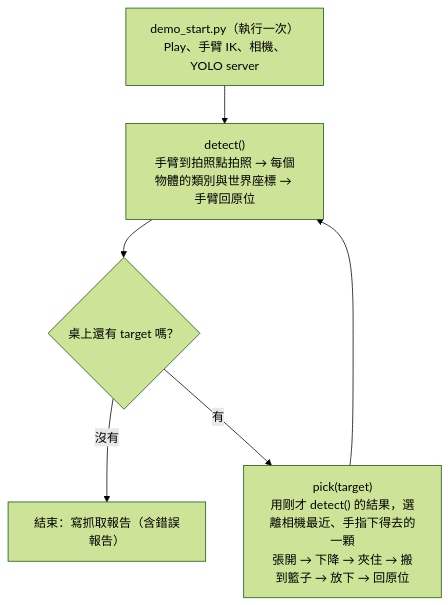
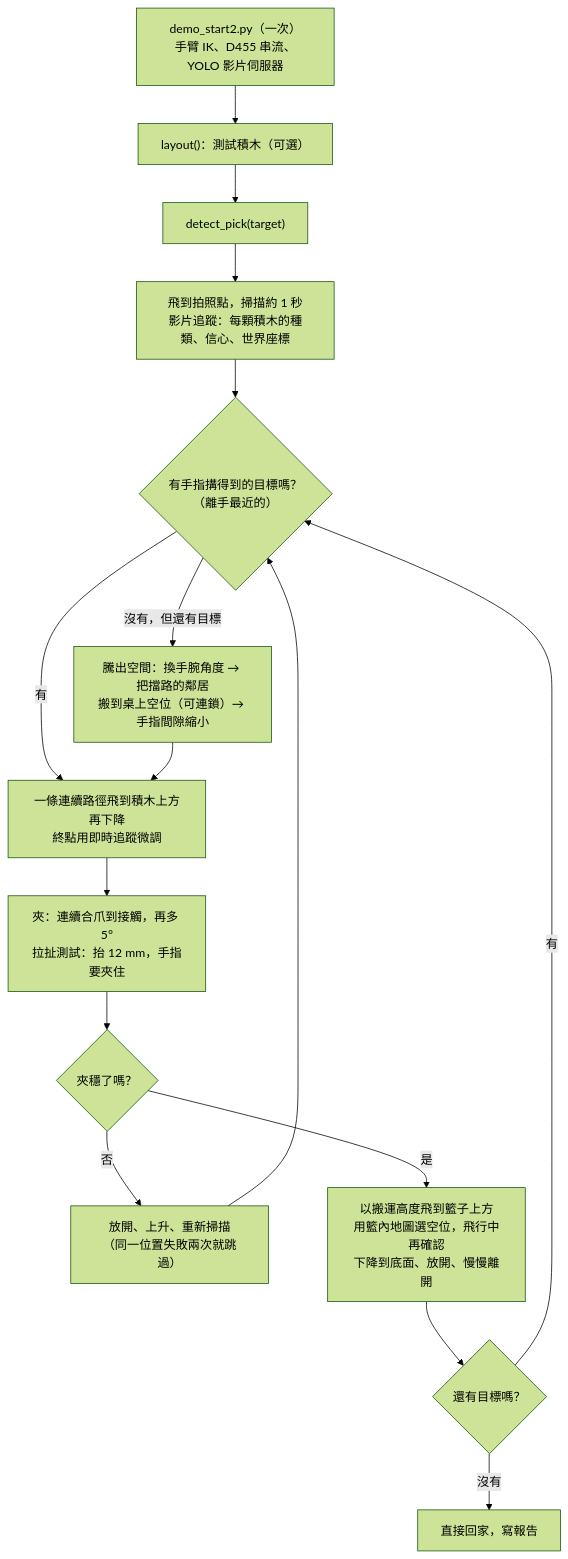
One commit to hayashimatsu/arm-detect-and-pick changed the diagram in README-zh.md. Above: the diagram before and after it, drawn with Mermaid (forest theme). The commit also changed other lines of this file and 32 other files, not shown here.

Commit message:
demo_start2: continuous video-mode detect_pick (live depth to world position, free-spot placement in the basket, moving blocking neighbours aside); README rewritten with the demo clips

````diff
--- a/README-zh.md
+++ b/README-zh.md
@@ -82,8 +123,18 @@
 ```mermaid
 flowchart TD
-    S["demo_start.py（執行一次）<br/>Play、手臂 IK、相機、YOLO server"] --> D
-    D["detect()<br/>手臂到拍照點拍照 → 每個物體的類別與世界座標 → 手臂回原位"] --> Q{"桌上還有 target 嗎？"}
-    Q -- 沒有 --> R["結束：寫抓取報告（含錯誤報告）"]
-    Q -- 有 --> P["pick(target)<br/>用剛才 detect() 的結果，選離相機最近、手指下得去的一顆<br/>張開 → 下降 → 夾住 → 搬到籃子 → 放下 → 回原位"]
-    P --> D
+    S["demo_start2.py（一次）<br/>手臂 IK、D455 串流、YOLO 影片伺服器"] --> L["layout()：測試積木（可選）"]
+    L --> A["detect_pick(target)"]
+    A --> V["飛到拍照點，掃描約 1 秒<br/>影片追蹤：每顆積木的種類、信心、世界座標"]
+    V --> T{"有手指搆得到的目標嗎？<br/>（離手最近的）"}
+    T -- 有 --> F
+    T -- "沒有，但還有目標" --> C["騰出空間：換手腕角度 → 把擋路的鄰居<br/>搬到桌上空位（可連鎖）→ 手指間隙縮小"]
+    C --> F
+    F["一條連續路徑飛到積木上方再下降<br/>終點用即時追蹤微調"] --> G["夾：連續合爪到接觸，再多 5°<br/>拉扯測試：抬 12 mm，手指要夾住"]
+    G --> K{"夾穩了嗎？"}
+    K -- 否 --> R["放開、上升、重新掃描<br/>（同一位置失敗兩次就跳過）"]
+    R --> T
+    K -- 是 --> P["以搬運高度飛到籃子上方<br/>用籃內地圖選空位，飛行中再確認<br/>下降到底面、放開、慢慢離開"]
+    P --> M{"還有目標嗎？"}
+    M -- 有 --> T
+    M -- 沒有 --> H["直接回家，寫報告"]
 ```
````
